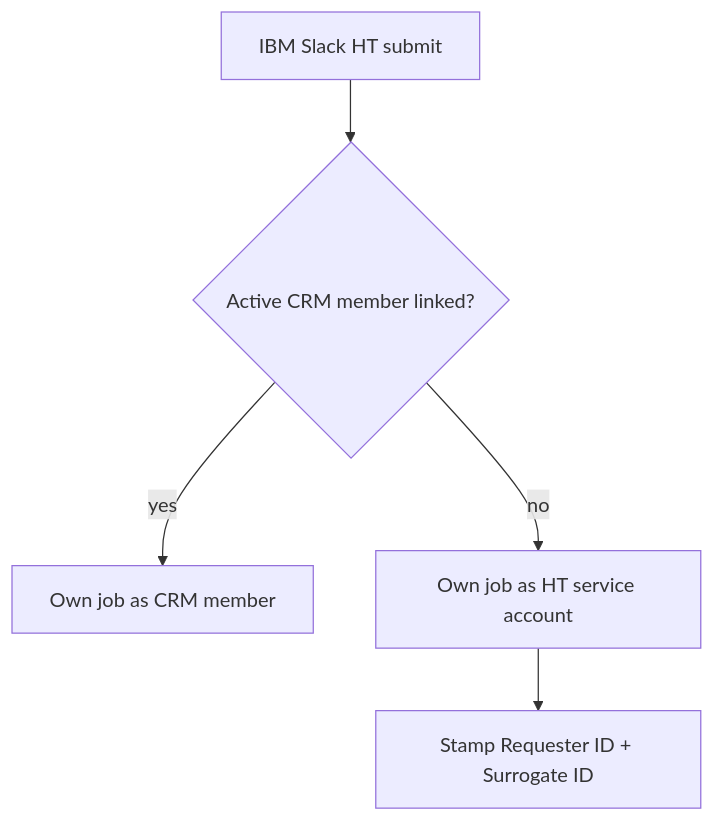
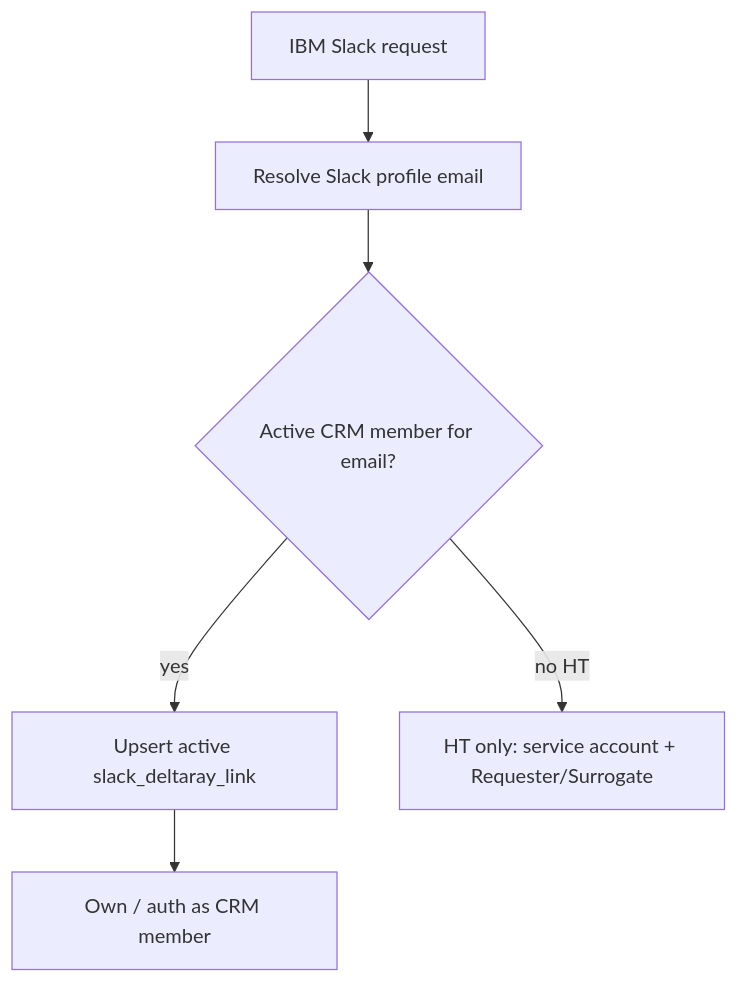
Before and after one commit to strakergroup/Nake-Agentic-Slack: the diagram in docs/ibm-slack-ht-service-account.md, drawn with Mermaid. The commit also changed other lines of this file and 12 other files, not shown here.

First line of the commit message:
feat(RAY-81247): resolve IBM CRM by Slack email; gate HT SA to customer only.

````diff
--- a/docs/ibm-slack-ht-service-account.md
+++ b/docs/ibm-slack-ht-service-account.md
@@ -31,11 +51,12 @@
 ```mermaid
 flowchart TD
-  submit[IBM Slack HT submit]
-  crm{Active CRM member linked?}
-  ownPersonal[Own job as CRM member]
-  ownSA[Own job as HT service account]
-  stamp[Stamp Requester ID + Surrogate ID]
-  submit --> crm
-  crm -->|yes| ownPersonal
-  crm -->|no| ownSA --> stamp
+  submit[IBM Slack request]
+  email[Resolve Slack profile email]
+  crm{Active CRM member for email?}
+  upsert[Upsert active slack_deltaray_link]
+  ownPersonal[Own / auth as CRM member]
+  ownSA[HT only: service account + Requester/Surrogate]
+  submit --> email --> crm
+  crm -->|yes| upsert --> ownPersonal
+  crm -->|no HT| ownSA
 ```
````
